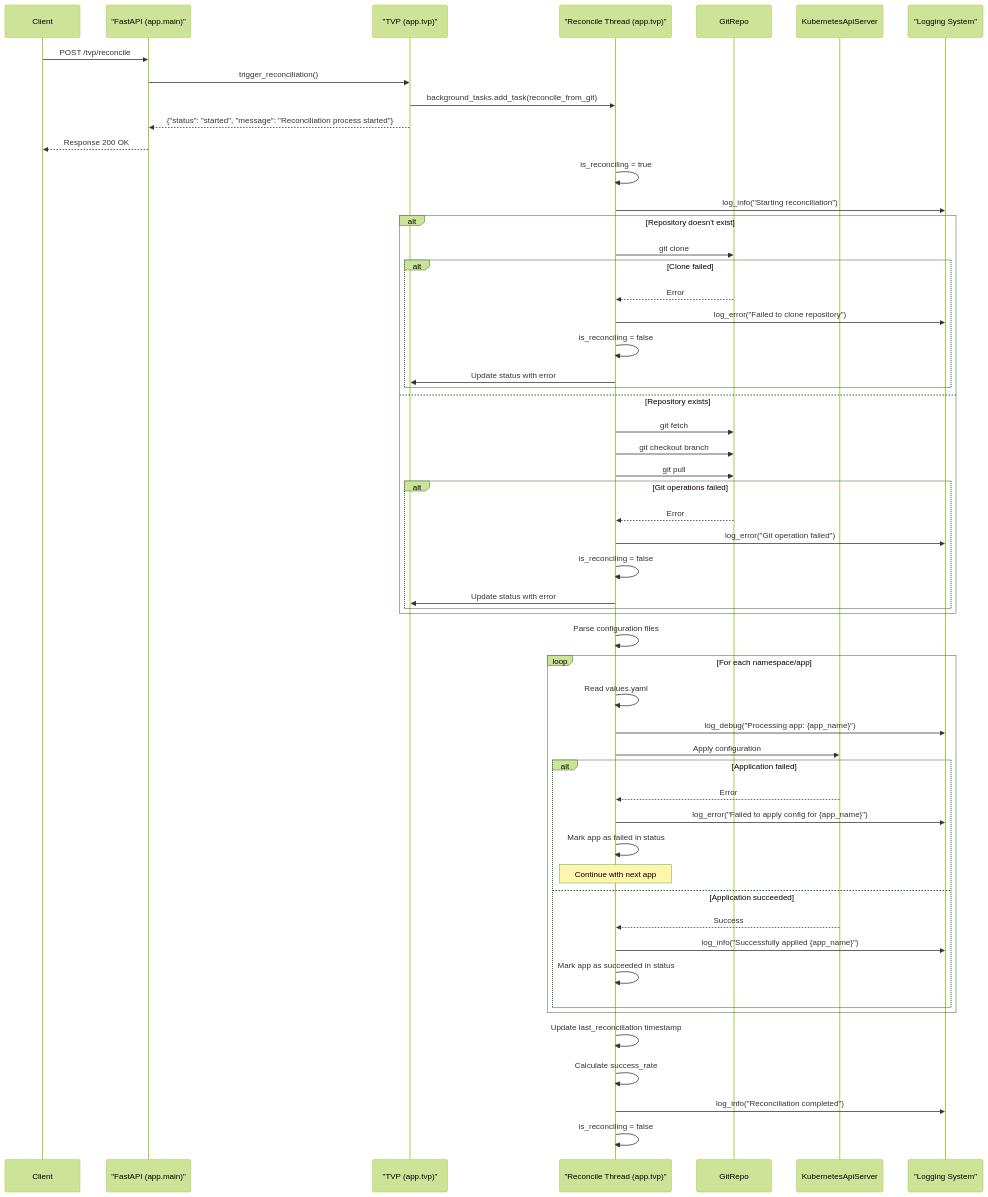
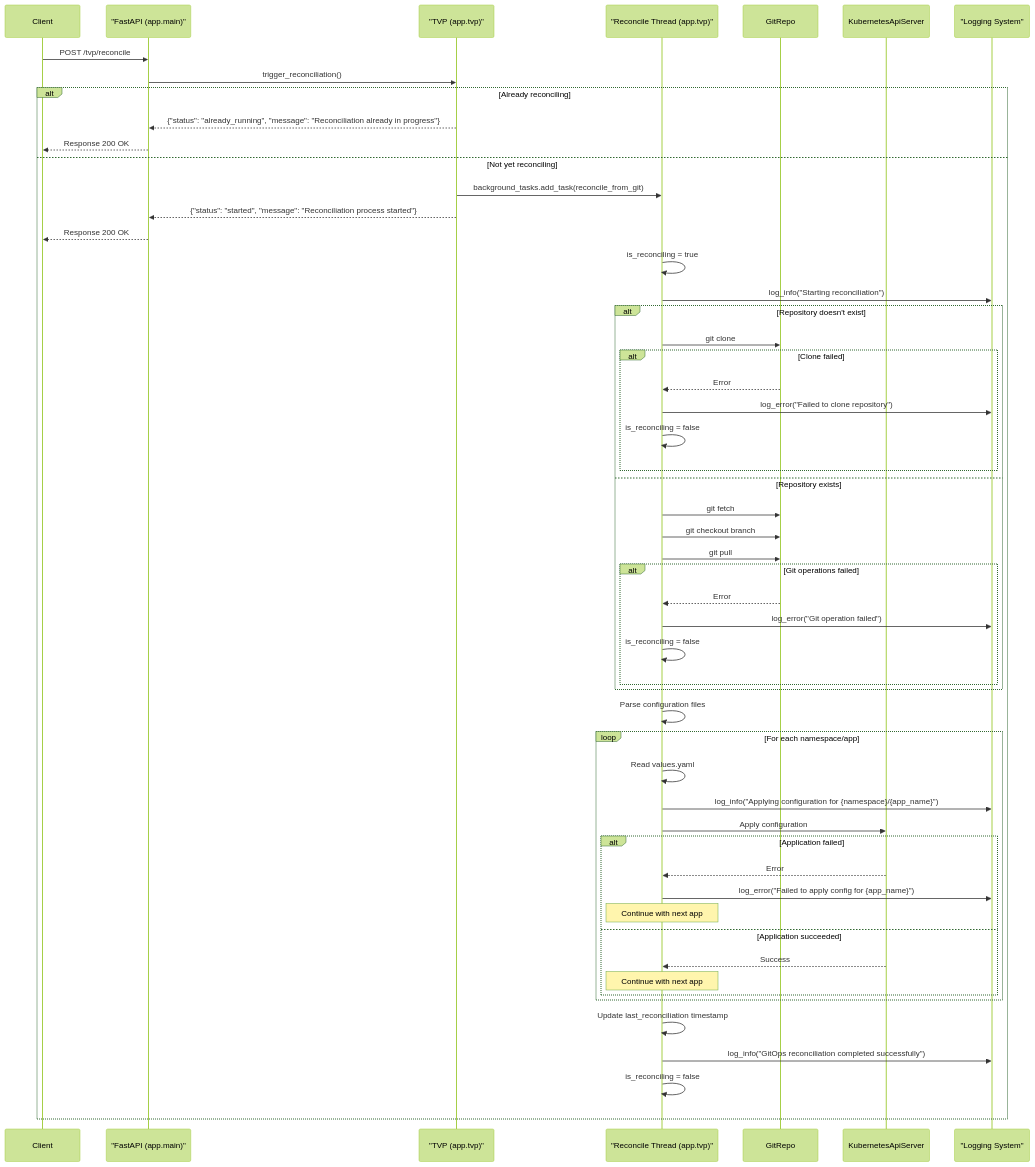
Before and after one commit to lloydchang/tvp-k8s: the third of 11 diagrams in README.md, drawn with Mermaid (forest theme). The commit also changed 1 other file, not shown here.

````diff
--- a/README.md
+++ b/README.md
@@ -401,62 +401,63 @@
 ```mermaid
 sequenceDiagram
     participant Client
     participant FastAPI as "FastAPI (app.main)"
     participant TVP as "TVP (app.tvp)"
     participant ReconcileThread as "Reconcile Thread (app.tvp)"
     participant GitRepo
     participant KubernetesApiServer
     participant Logger as "Logging System"
     
     Client->>FastAPI: POST /tvp/reconcile
     FastAPI->>TVP: trigger_reconciliation()
-    TVP->>ReconcileThread: background_tasks.add_task(reconcile_from_git)
-    TVP-->>FastAPI: {"status": "started", "message": "Reconciliation process started"}
-    FastAPI-->>Client: Response 200 OK
     
-    ReconcileThread->>ReconcileThread: is_reconciling = true
-    ReconcileThread->>Logger: log_info("Starting reconciliation")
-    
-    alt Repository doesn't exist
-        ReconcileThread->>GitRepo: git clone
-        alt Clone failed
-            GitRepo-->>ReconcileThread: Error
-            ReconcileThread->>Logger: log_error("Failed to clone repository")
-            ReconcileThread->>ReconcileThread: is_reconciling = false
-            ReconcileThread->>TVP: Update status with error
+    alt Already reconciling
+        TVP-->>FastAPI: {"status": "already_running", "message": "Reconciliation already in progress"}
+        FastAPI-->>Client: Response 200 OK
+    else Not yet reconciling
+        TVP->>ReconcileThread: background_tasks.add_task(reconcile_from_git)
+        TVP-->>FastAPI: {"status": "started", "message": "Reconciliation process started"}
+        FastAPI-->>Client: Response 200 OK
+        
+        ReconcileThread->>ReconcileThread: is_reconciling = true
+        ReconcileThread->>Logger: log_info("Starting reconciliation")
+        
+        alt Repository doesn't exist
+            ReconcileThread->>GitRepo: git clone
+            alt Clone failed
+                GitRepo-->>ReconcileThread: Error
+                ReconcileThread->>Logger: log_error("Failed to clone repository")
+                ReconcileThread->>ReconcileThread: is_reconciling = false
+            end
+        else Repository exists
+            ReconcileThread->>GitRepo: git fetch
+            ReconcileThread->>GitRepo: git checkout branch
+            ReconcileThread->>GitRepo: git pull
+            alt Git operations failed
+                GitRepo-->>ReconcileThread: Error
+                ReconcileThread->>Logger: log_error("Git operation failed")
+                ReconcileThread->>ReconcileThread: is_reconciling = false
+            end
         end
-    else Repository exists
-        ReconcileThread->>GitRepo: git fetch
-        ReconcileThread->>GitRepo: git checkout branch
-        ReconcileThread->>GitRepo: git pull
-        alt Git operations failed
-            GitRepo-->>ReconcileThread: Error
-            ReconcileThread->>Logger: log_error("Git operation failed")
-            ReconcileThread->>ReconcileThread: is_reconciling = false
-            ReconcileThread->>TVP: Update status with error
+        
+        ReconcileThread->>ReconcileThread: Parse configuration files
+        
+        loop For each namespace/app
+            ReconcileThread->>ReconcileThread: Read values.yaml
+            ReconcileThread->>Logger: log_info("Applying configuration for {namespace}/{app_name}")
+            ReconcileThread->>KubernetesApiServer: Apply configuration
+            alt Application failed
+                KubernetesApiServer-->>ReconcileThread: Error
+                ReconcileThread->>Logger: log_error("Failed to apply config for {app_name}")
+                note over ReconcileThread: Continue with next app
+            else Application succeeded
+                KubernetesApiServer-->>ReconcileThread: Success
+                note over ReconcileThread: Continue with next app
+            end
         end
+        
+        ReconcileThread->>ReconcileThread: Update last_reconciliation timestamp
+        ReconcileThread->>Logger: log_info("GitOps reconciliation completed successfully")
+        ReconcileThread->>ReconcileThread: is_reconciling = false
     end
-    
-    ReconcileThread->>ReconcileThread: Parse configuration files
-    
-    loop For each namespace/app
-        ReconcileThread->>ReconcileThread: Read values.yaml
-        ReconcileThread->>Logger: log_debug("Processing app: {app_name}")
-        ReconcileThread->>KubernetesApiServer: Apply configuration
-        alt Application failed
-            KubernetesApiServer-->>ReconcileThread: Error
-            ReconcileThread->>Logger: log_error("Failed to apply config for {app_name}")
-            ReconcileThread->>ReconcileThread: Mark app as failed in status
-            note over ReconcileThread: Continue with next app
-        else Application succeeded
-            KubernetesApiServer-->>ReconcileThread: Success
-            ReconcileThread->>Logger: log_info("Successfully applied {app_name}")
-            ReconcileThread->>ReconcileThread: Mark app as succeeded in status
-        end
-    end
-    
-    ReconcileThread->>ReconcileThread: Update last_reconciliation timestamp
-    ReconcileThread->>ReconcileThread: Calculate success_rate
-    ReconcileThread->>Logger: log_info("Reconciliation completed")
-    ReconcileThread->>ReconcileThread: is_reconciling = false
 ```
````
